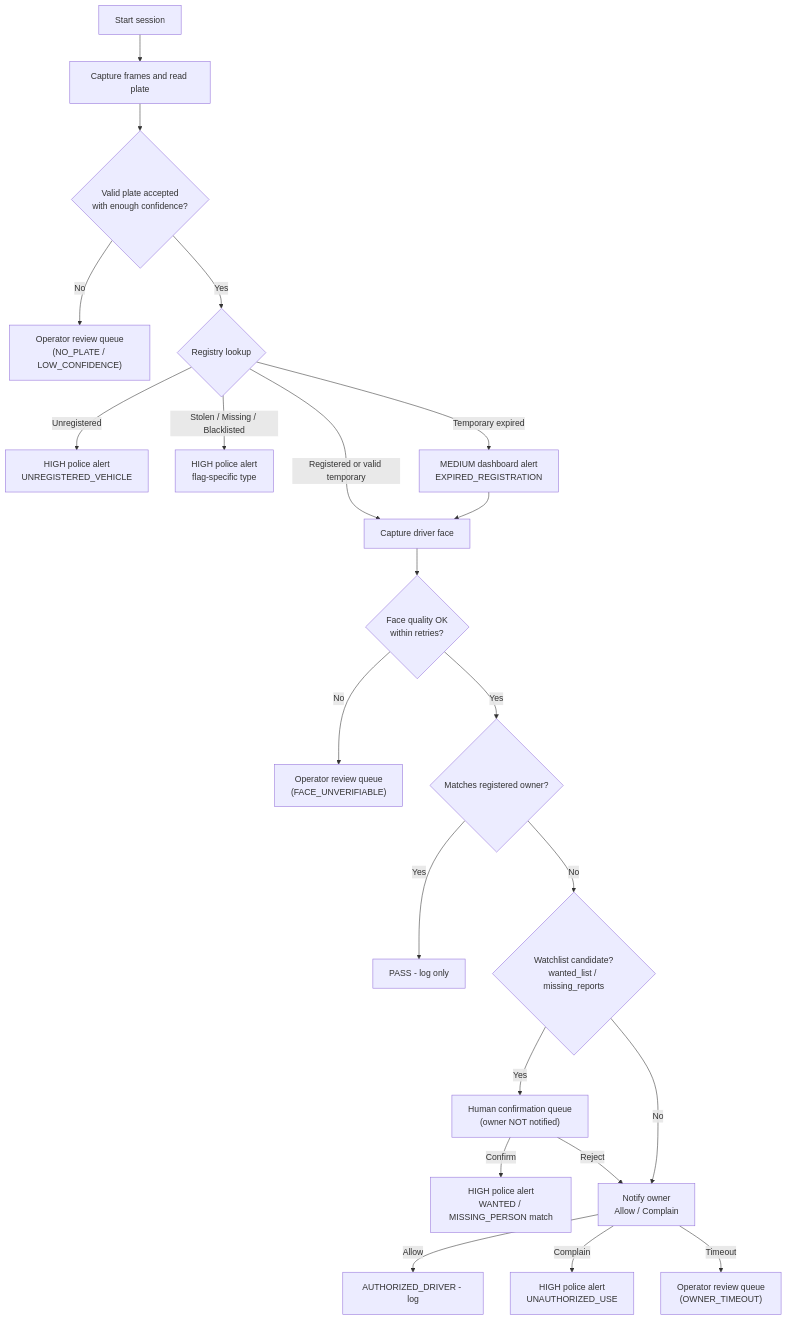
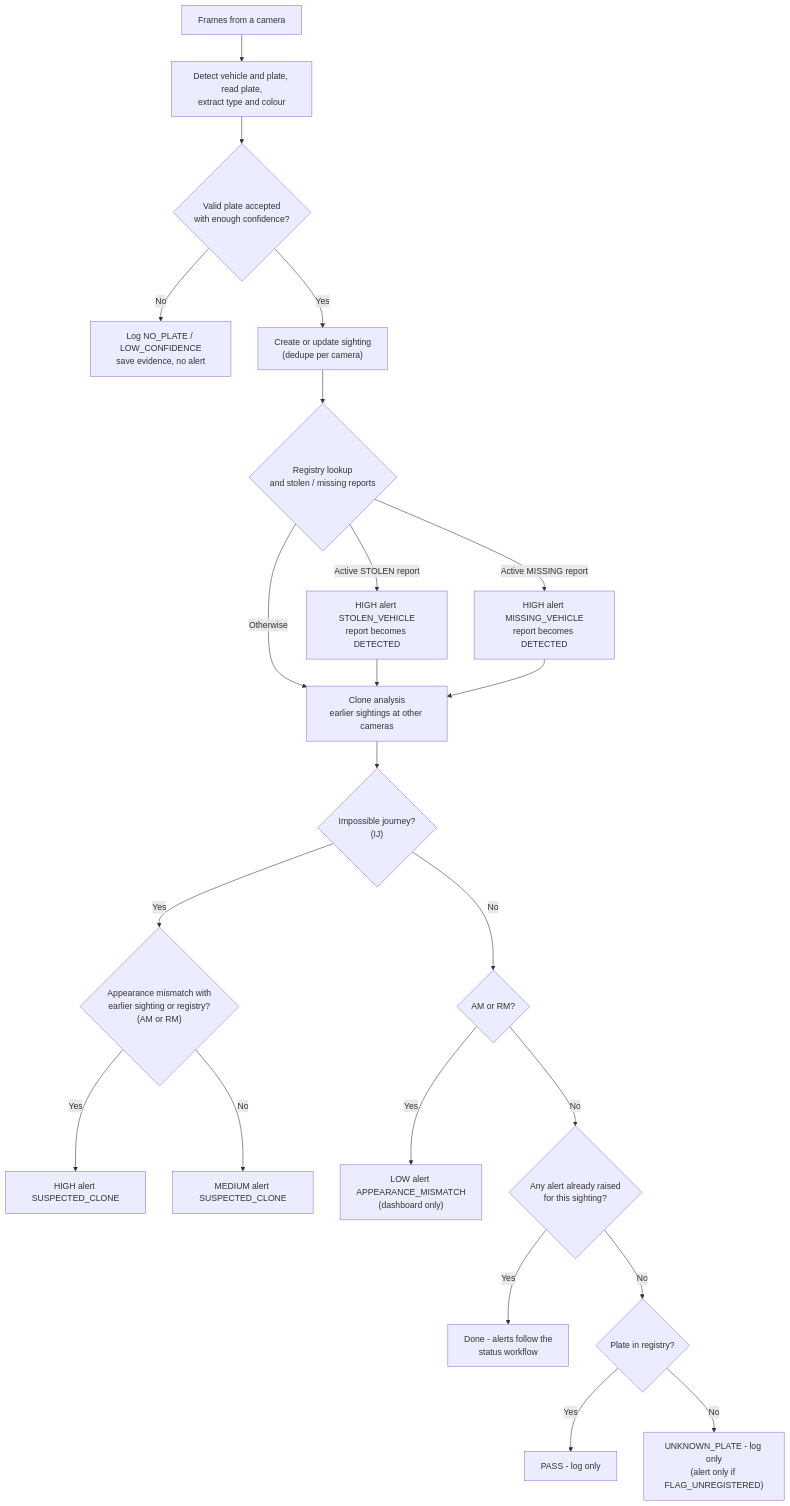
The third of 9 diagrams in docs/architecture.md (Vini07Dsouza/vehiGuard), drawn with Mermaid before and after one commit. The commit also changed other lines of this file and 6 other files, not shown here.

````diff
--- a/docs/architecture.md
+++ b/docs/architecture.md
@@ -153,29 +161,26 @@
 ```mermaid
 flowchart TD
-  A["Start session"] --> B["Capture frames and read plate"]
+  A["Frames from a camera"] --> B["Detect vehicle and plate, read plate,<br/>extract type and colour"]
   B --> C{"Valid plate accepted<br/>with enough confidence?"}
-  C -- "No" --> R1["Operator review queue<br/>(NO_PLATE / LOW_CONFIDENCE)"]
-  C -- "Yes" --> D{"Registry lookup"}
+  C -- "No" --> L1["Log NO_PLATE / LOW_CONFIDENCE<br/>save evidence, no alert"]
+  C -- "Yes" --> S["Create or update sighting<br/>(dedupe per camera)"]
+  S --> D{"Registry lookup<br/>and stolen / missing reports"}
 
-  D -- "Unregistered" --> P1["HIGH police alert<br/>UNREGISTERED_VEHICLE"]
-  D -- "Stolen / Missing / Blacklisted" --> P2["HIGH police alert<br/>flag-specific type"]
-  D -- "Temporary expired" --> M1["MEDIUM dashboard alert<br/>EXPIRED_REGISTRATION"]
-  D -- "Registered or valid temporary" --> F["Capture driver face"]
-  M1 --> F
+  D -- "Active STOLEN report" --> P1["HIGH alert STOLEN_VEHICLE<br/>report becomes DETECTED"]
+  D -- "Active MISSING report" --> P2["HIGH alert MISSING_VEHICLE<br/>report becomes DETECTED"]
+  D -- "Otherwise" --> K["Clone analysis<br/>earlier sightings at other cameras"]
+  P1 --> K
+  P2 --> K
 
-  F --> G{"Face quality OK<br/>within retries?"}
-  G -- "No" --> R2["Operator review queue<br/>(FACE_UNVERIFIABLE)"]
-  G -- "Yes" --> H{"Matches registered owner?"}
-
-  H -- "Yes" --> OK["PASS - log only"]
-  H -- "No" --> W{"Watchlist candidate?<br/>wanted_list / missing_reports"}
-
-  W -- "Yes" --> HC["Human confirmation queue<br/>(owner NOT notified)"]
-  HC -- "Confirm" --> P3["HIGH police alert<br/>WANTED / MISSING_PERSON match"]
-  HC -- "Reject" --> N
-  W -- "No" --> N["Notify owner<br/>Allow / Complain"]
-
-  N -- "Allow" --> AU["AUTHORIZED_DRIVER - log"]
-  N -- "Complain" --> P4["HIGH police alert<br/>UNAUTHORIZED_USE"]
-  N -- "Timeout" --> R3["Operator review queue<br/>(OWNER_TIMEOUT)"]
+  K --> J{"Impossible journey?<br/>(IJ)"}
+  J -- "Yes" --> J2{"Appearance mismatch with<br/>earlier sighting or registry?<br/>(AM or RM)"}
+  J2 -- "Yes" --> P3["HIGH alert SUSPECTED_CLONE"]
+  J2 -- "No" --> P4["MEDIUM alert SUSPECTED_CLONE"]
+  J -- "No" --> M{"AM or RM?"}
+  M -- "Yes" --> P5["LOW alert APPEARANCE_MISMATCH<br/>(dashboard only)"]
+  M -- "No" --> R{"Any alert already raised<br/>for this sighting?"}
+  R -- "Yes" --> DONE["Done - alerts follow the<br/>status workflow"]
+  R -- "No" --> Q{"Plate in registry?"}
+  Q -- "Yes" --> OK["PASS - log only"]
+  Q -- "No" --> U["UNKNOWN_PLATE - log only<br/>(alert only if FLAG_UNREGISTERED)"]
 ```
````
